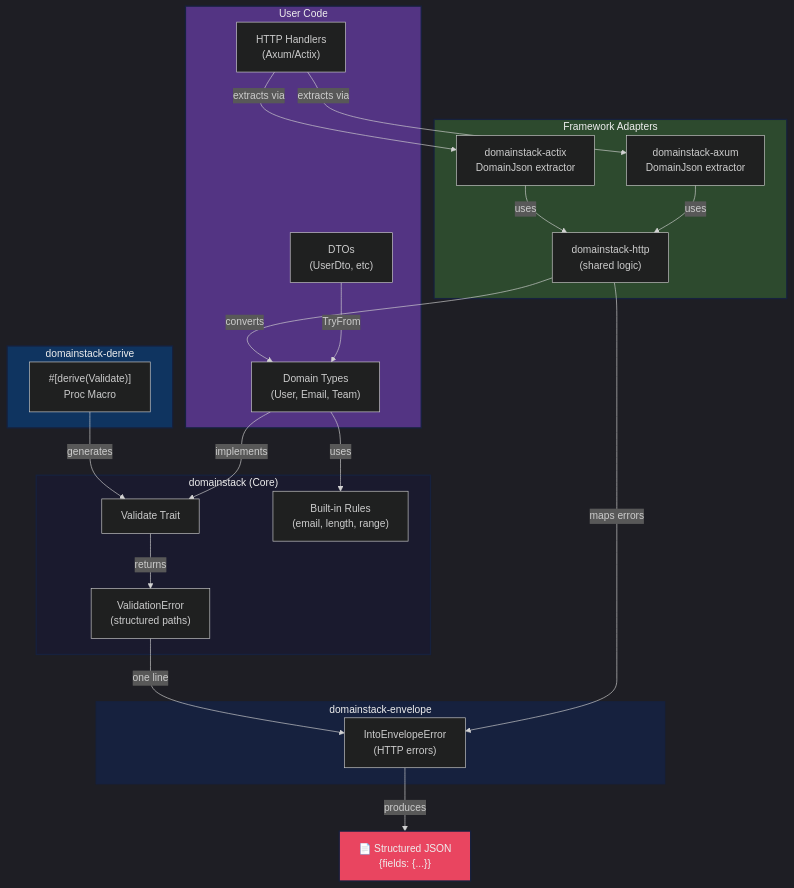
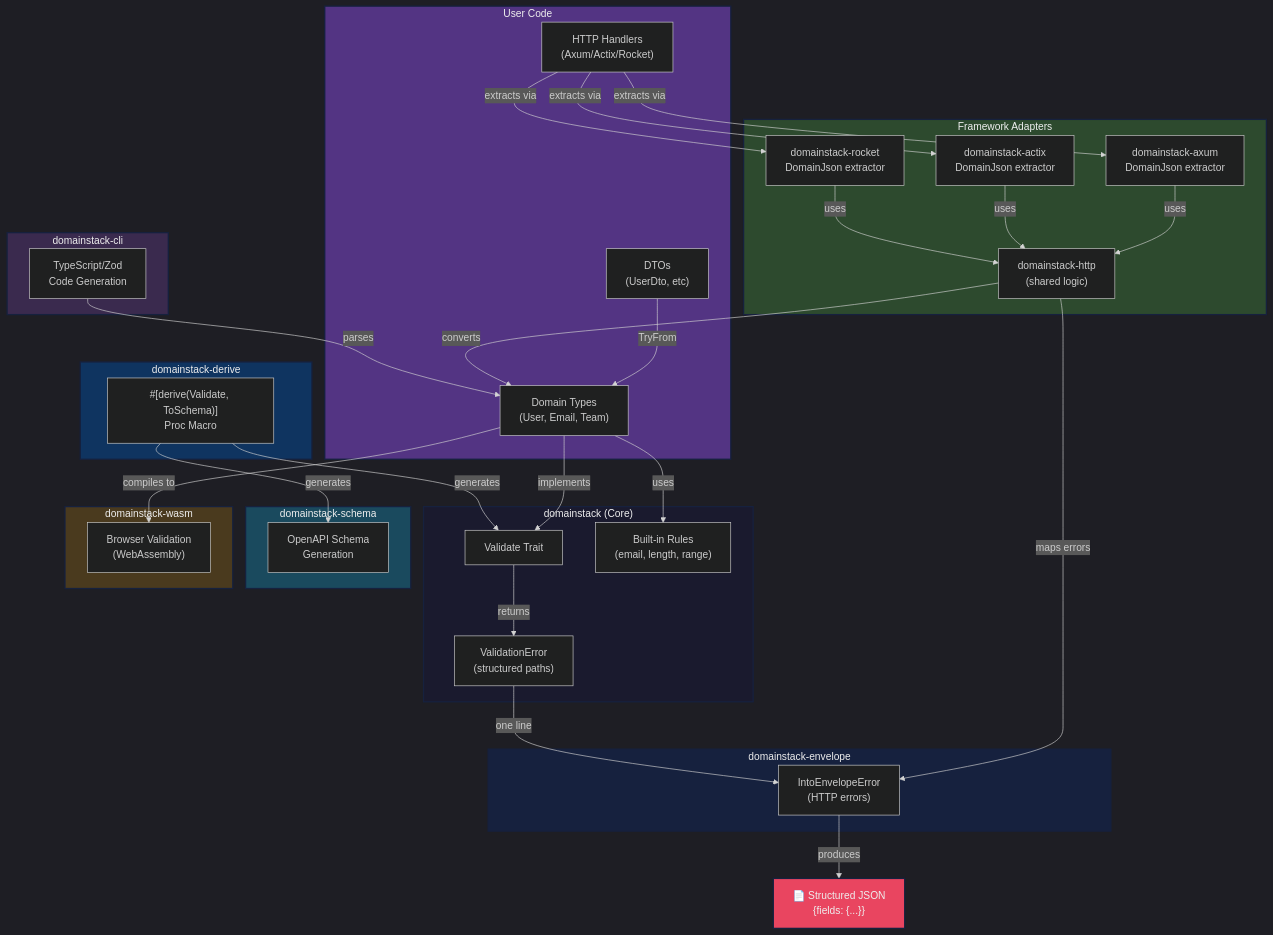
The diagram in domainstack/domainstack/docs/architecture.md (blackwell-systems/domainstack), drawn with Mermaid before and after one commit. The commit also changed other lines of this file and 10 other files, not shown here.

````diff
--- a/domainstack/domainstack/docs/architecture.md
+++ b/domainstack/domainstack/docs/architecture.md
@@ -7,50 +7,71 @@
 ```mermaid
 %%{init: {'theme':'dark'}}%%
 graph TB
     subgraph User["User Code"]
         Domain["Domain Types<br/>(User, Email, Team)"]
         DTO["DTOs<br/>(UserDto, etc)"]
-        Handler["HTTP Handlers<br/>(Axum/Actix)"]
+        Handler["HTTP Handlers<br/>(Axum/Actix/Rocket)"]
     end
-    
+
     subgraph Adapters["Framework Adapters"]
         AxumExt["domainstack-axum<br/>DomainJson extractor"]
         ActixExt["domainstack-actix<br/>DomainJson extractor"]
+        RocketExt["domainstack-rocket<br/>DomainJson extractor"]
         HttpShared["domainstack-http<br/>(shared logic)"]
     end
-    
+
     subgraph Core["domainstack (Core)"]
         Validate["Validate Trait"]
         Rules["Built-in Rules<br/>(email, length, range)"]
         Error["ValidationError<br/>(structured paths)"]
     end
-    
+
     subgraph Derive["domainstack-derive"]
-        Macro["#[derive(Validate)]<br/>Proc Macro"]
+        Macro["#[derive(Validate, ToSchema)]<br/>Proc Macro"]
     end
-    
+
     subgraph Envelope["domainstack-envelope"]
         Convert["IntoEnvelopeError<br/>(HTTP errors)"]
     end
-    
+
+    subgraph Schema["domainstack-schema"]
+        OpenAPI["OpenAPI Schema<br/>Generation"]
+    end
+
+    subgraph WASM["domainstack-wasm"]
+        Browser["Browser Validation<br/>(WebAssembly)"]
+    end
+
+    subgraph CLI["domainstack-cli"]
+        Codegen["TypeScript/Zod<br/>Code Generation"]
+    end
+
     DTO -->|"TryFrom"| Domain
     Domain -->|"implements"| Validate
     Domain -->|"uses"| Rules
     Macro -->|"generates"| Validate
+    Macro -->|"generates"| OpenAPI
     Validate -->|"returns"| Error
     Handler -->|"extracts via"| AxumExt
     Handler -->|"extracts via"| ActixExt
+    Handler -->|"extracts via"| RocketExt
     AxumExt -->|"uses"| HttpShared
     ActixExt -->|"uses"| HttpShared
+    RocketExt -->|"uses"| HttpShared
     HttpShared -->|"converts"| Domain
     HttpShared -->|"maps errors"| Convert
     Error -->|"one line"| Convert
     Convert -->|"produces"| JSON["📄 Structured JSON<br/>{fields: {...}}"]
-    
+    Domain -->|"compiles to"| Browser
+    Codegen -->|"parses"| Domain
+
     style Core fill:#1a1a2e,stroke:#16213e,stroke-width:2px,color:#eee
     style Derive fill:#0f3460,stroke:#16213e,stroke-width:2px,color:#eee
     style Envelope fill:#16213e,stroke:#16213e,stroke-width:2px,color:#eee
+    style Schema fill:#1a4a5e,stroke:#16213e,stroke-width:2px,color:#eee
+    style WASM fill:#4a3a1e,stroke:#16213e,stroke-width:2px,color:#eee
+    style CLI fill:#3a2a4e,stroke:#16213e,stroke-width:2px,color:#eee
     style Adapters fill:#2d4a2e,stroke:#16213e,stroke-width:2px,color:#eee
     style User fill:#533483,stroke:#16213e,stroke-width:2px,color:#eee
     style JSON fill:#e94560,stroke:#16213e,stroke-width:2px,color:#eee
 ```
````
